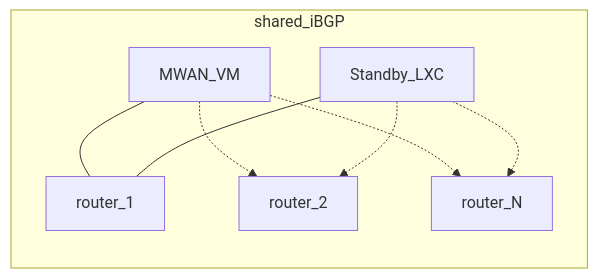
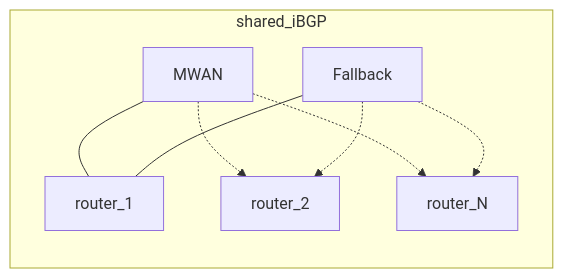
Before and after one commit to agoodkind/configs: the fourth of 4 diagrams in docs/mwan.md, drawn with Mermaid. The commit also changed other lines of this file, not shown here.

Commit message:
Recast MWAN exec layers as upstream, chokepoint, and downstream in docs/mwan.md

````diff
--- a/docs/mwan.md
+++ b/docs/mwan.md
@@ -158,16 +168,16 @@
 ```mermaid
 flowchart LR
   subgraph sharedIbgp [shared_iBGP]
-    mwanVm[MWAN_VM]
-    standby[Standby_LXC]
+    mwan[MWAN]
+    fallback[Fallback]
     r1[router_1]
     r2[router_2]
     rN[router_N]
   end
-  mwanVm --- r1
-  standby --- r1
-  mwanVm -.-> r2
-  standby -.-> r2
-  mwanVm -.-> rN
-  standby -.-> rN
+  mwan --- r1
+  fallback --- r1
+  mwan -.-> r2
+  fallback -.-> r2
+  mwan -.-> rN
+  fallback -.-> rN
 ```
````
